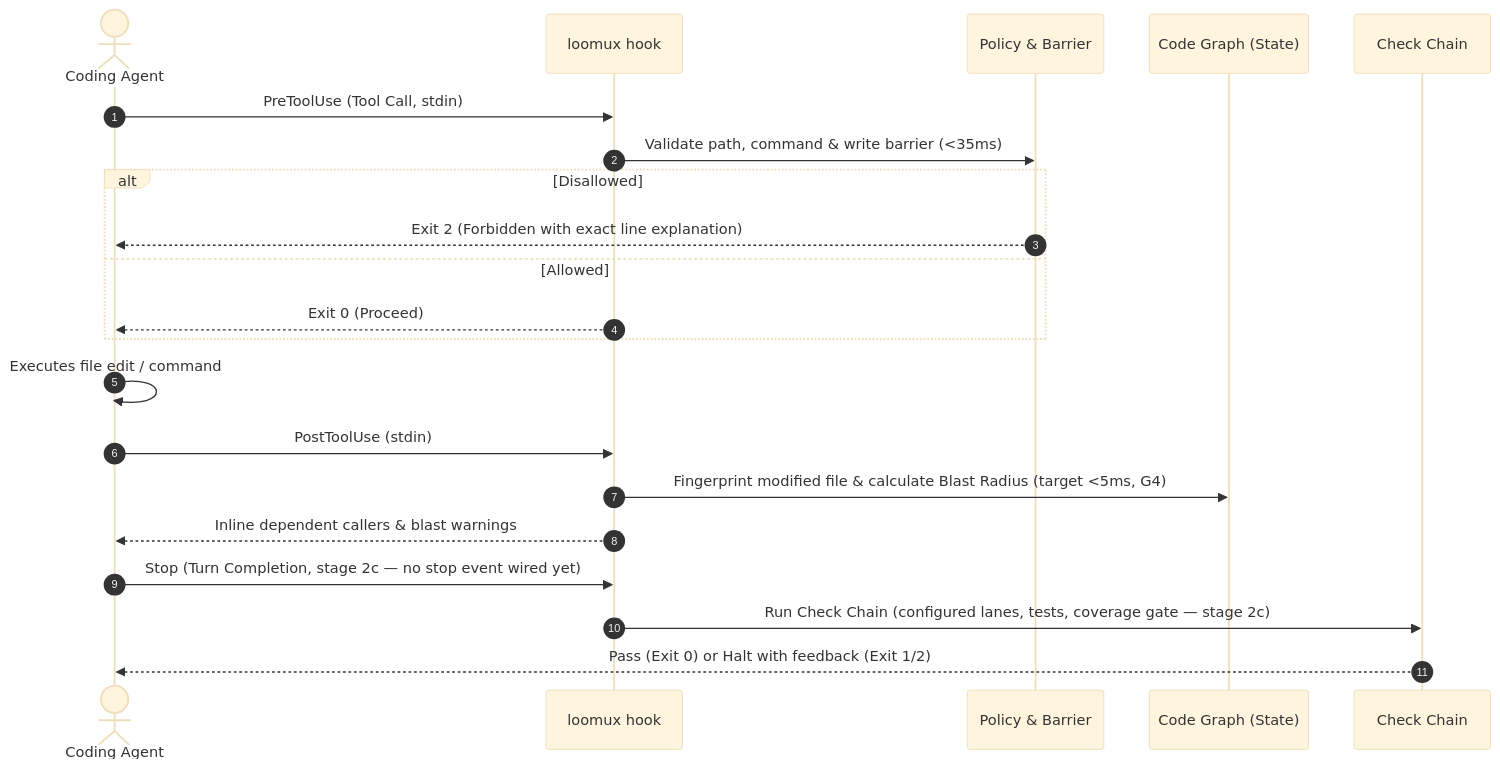
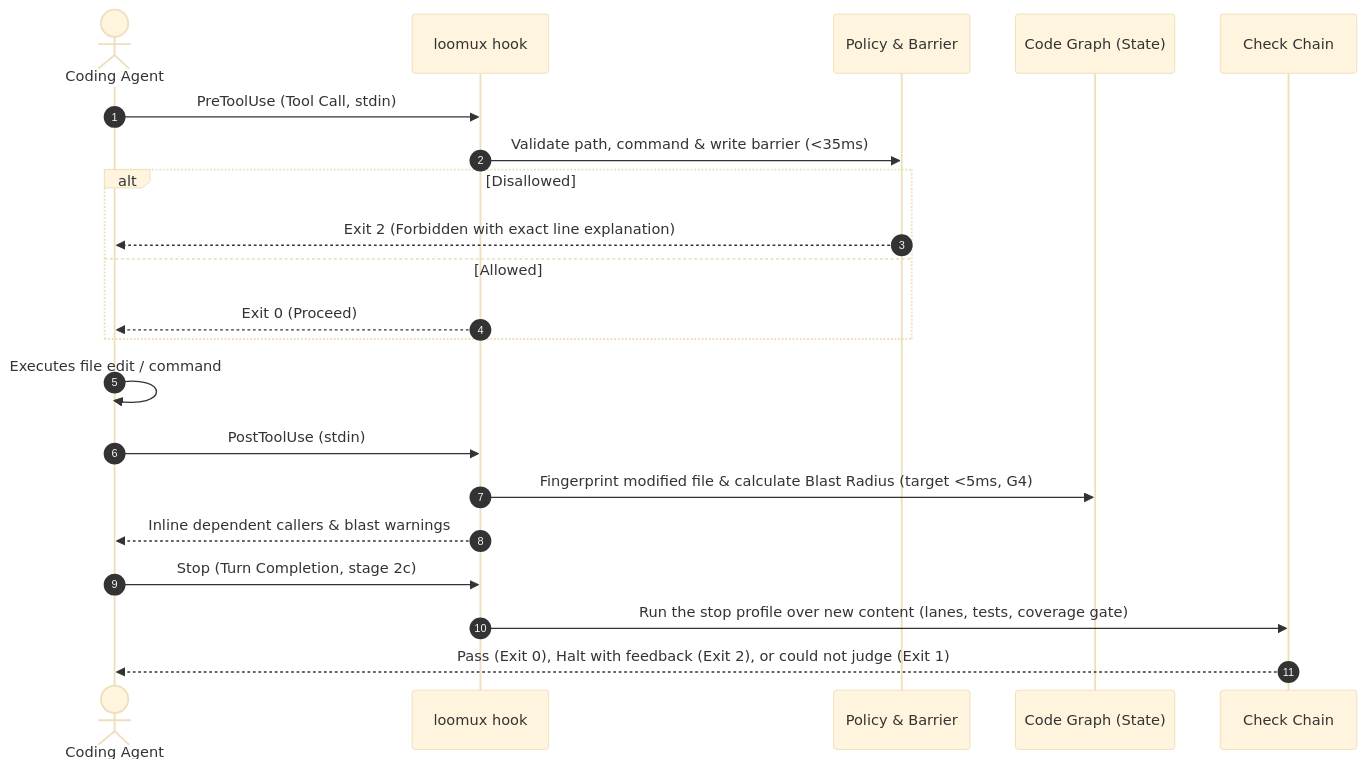
The second of 4 diagrams in README.md (xidus90/loomux), drawn with Mermaid (base theme) before and after one commit. The commit also changed other lines of this file and 624 other files, not shown here.

First line of the commit message:
feat(hooks): add the stop gate and the subagent hooks

````diff
--- a/README.md
+++ b/README.md
@@ -46,27 +46,27 @@
 ```mermaid
 sequenceDiagram
     autonumber
     actor Agent as Coding Agent
     participant Hook as loomux hook
     participant Policy as Policy & Barrier
     participant Graph as Code Graph (State)
     participant Verify as Check Chain
 
     Agent->>Hook: PreToolUse (Tool Call, stdin)
     Hook->>Policy: Validate path, command & write barrier (<35ms)
     alt Disallowed
         Policy-->>Agent: Exit 2 (Forbidden with exact line explanation)
     else Allowed
         Hook-->>Agent: Exit 0 (Proceed)
     end
 
     Agent->>Agent: Executes file edit / command
 
     Agent->>Hook: PostToolUse (stdin)
     Hook->>Graph: Fingerprint modified file & calculate Blast Radius (target <5ms, G4)
     Hook-->>Agent: Inline dependent callers & blast warnings
 
-    Agent->>Hook: Stop (Turn Completion, stage 2c — no stop event wired yet)
-    Hook->>Verify: Run Check Chain (configured lanes, tests, coverage gate — stage 2c)
-    Verify-->>Agent: Pass (Exit 0) or Halt with feedback (Exit 1/2)
+    Agent->>Hook: Stop (Turn Completion, stage 2c)
+    Hook->>Verify: Run the stop profile over new content (lanes, tests, coverage gate)
+    Verify-->>Agent: Pass (Exit 0), Halt with feedback (Exit 2), or could not judge (Exit 1)
 ```
````
